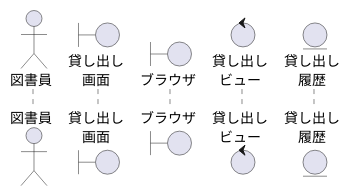
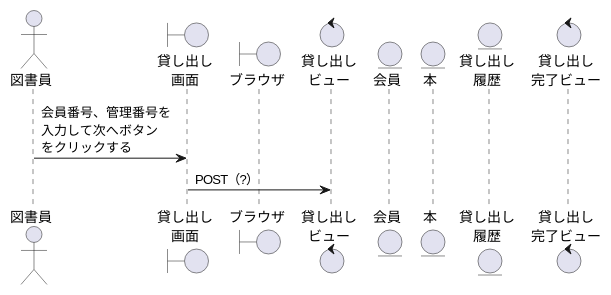
The diagram in 効果測定/貸し出し.wsd (ysyk-wtnb16/team_D), drawn with PlantUML before and after one commit. The commit also changed 3 other files, not shown here.

```diff
--- a/効果測定/貸し出し.wsd
+++ b/効果測定/貸し出し.wsd
@@ -1,8 +1,17 @@
 @startuml Rental 
+
 actor "図書員" as librarian
 boundary "貸し出し\n画面" as Rens
 boundary "ブラウザ" as brz
 control "貸し出し\nビュー" as Renv
+entity "会員" as member
+entity "本" as book
 entity "貸し出し\n履歴" as RenH
+control "貸し出し\n完了ビュー" as RenCv
+
+
+librarian -> Rens: 会員番号、管理番号を\n入力して次へボタン\nをクリックする
+Rens -> Renv: POST（?）
+
 
 @enduml
```
